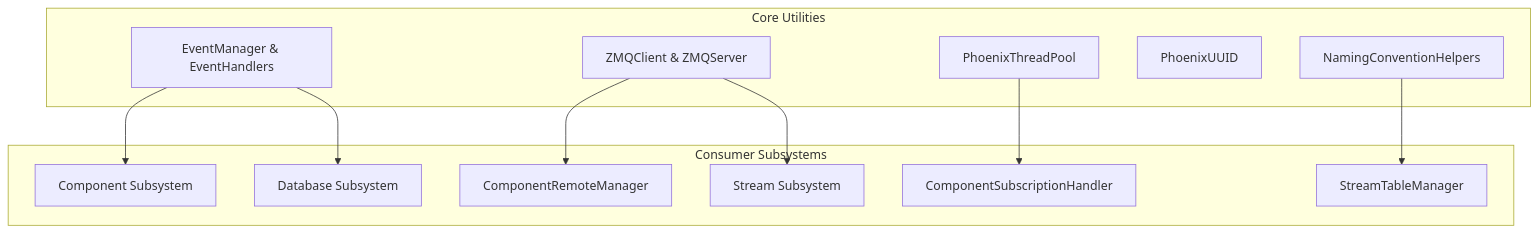
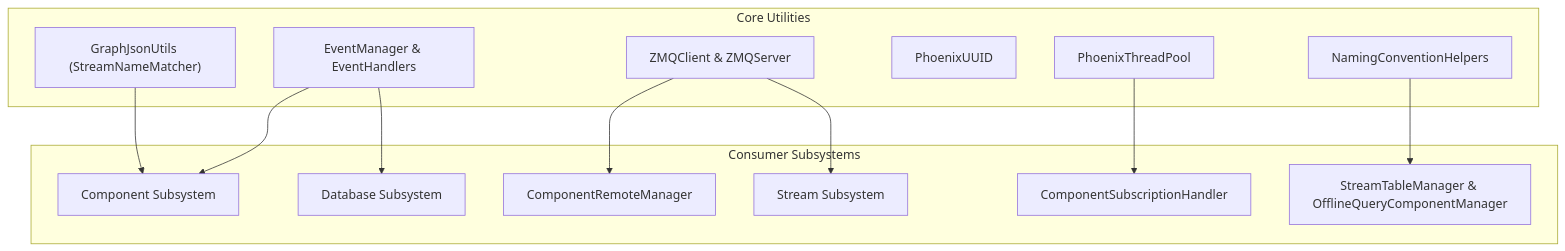
The first of 3 diagrams in PhoenixCore/Utilities.md (Apex-Turbine/phoenix-doc), drawn with Mermaid before and after one commit. The commit also changed other lines of this file and 6 other files, not shown here.

````diff
--- a/PhoenixCore/Utilities.md
+++ b/PhoenixCore/Utilities.md
@@ -7,19 +7,21 @@
 ```mermaid
 graph TD
     subgraph "Core Utilities"
         EM["EventManager & EventHandlers"]
         ZMQ["ZMQClient & ZMQServer"]
         TP["PhoenixThreadPool"]
         UUID["PhoenixUUID"]
         NC["NamingConventionHelpers"]
+        GJU["GraphJsonUtils (StreamNameMatcher)"]
     end
 
     subgraph "Consumer Subsystems"
         EM --> COMP["Component Subsystem"]
         EM --> DB["Database Subsystem"]
         ZMQ --> CRM["ComponentRemoteManager"]
         ZMQ --> STRM["Stream Subsystem"]
         TP --> SH["ComponentSubscriptionHandler"]
-        NC --> STM["StreamTableManager"]
+        NC --> STM["StreamTableManager & OfflineQueryComponentManager"]
+        GJU --> COMP
     end
 ```
````
